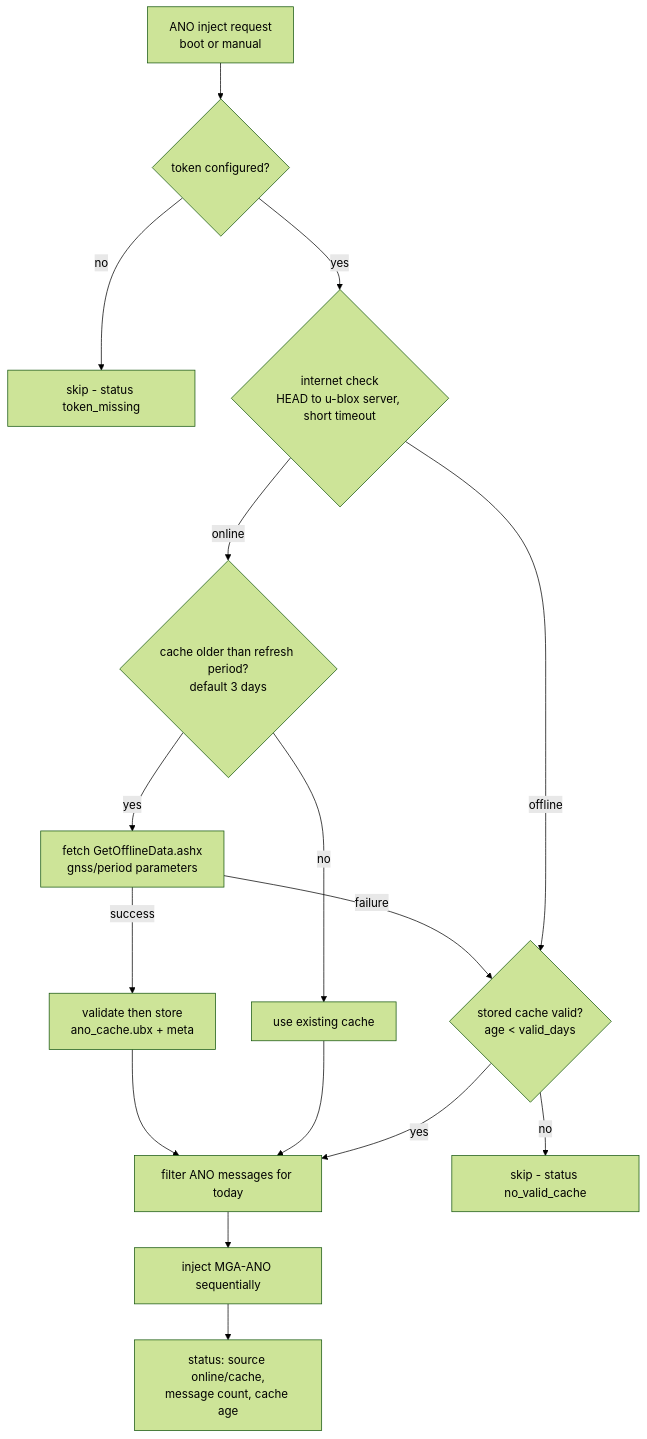
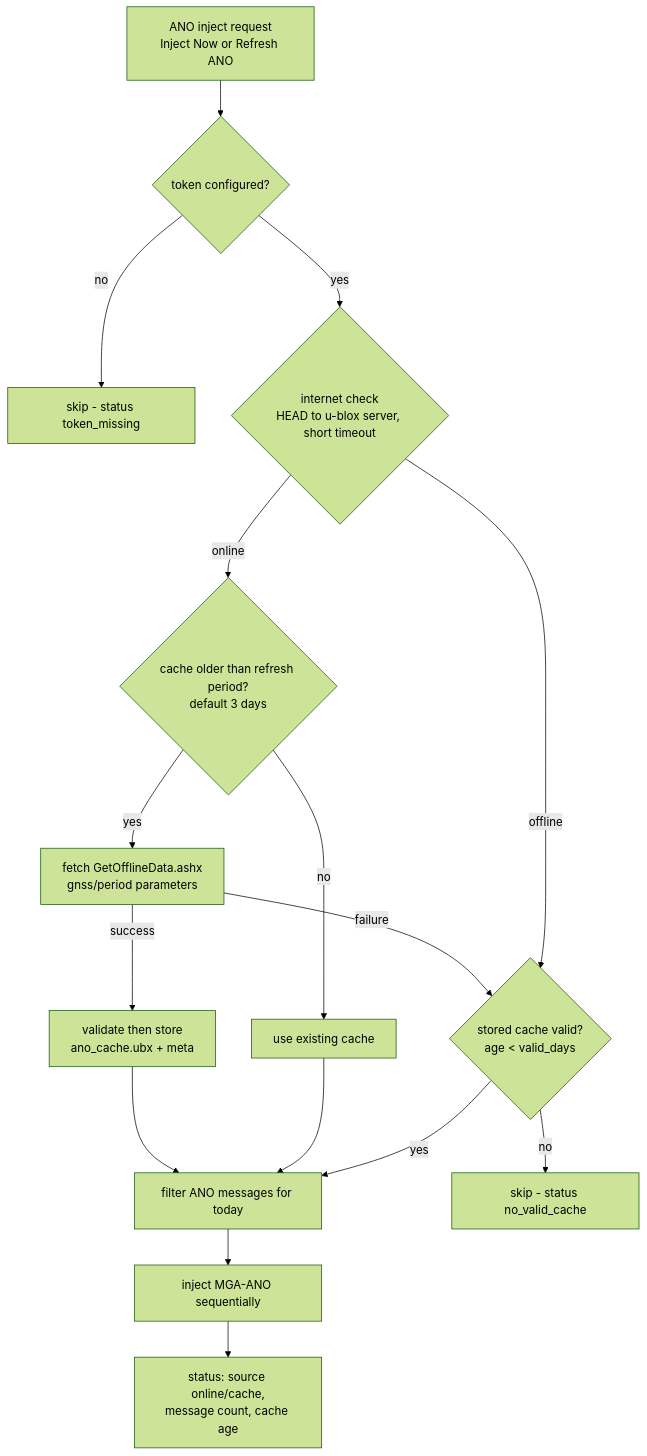
One commit to hjoungjoo/MF_PiFinder changed the second of 5 diagrams in docs/mf_gps_aiding_plan_en.md. Above: the diagram before and after it, drawn with Mermaid (forest theme). The commit also changed other lines of this file and 1 other file, not shown here.

First line of the commit message:
docs: GPS aiding injects only on user request, not at boot

````diff
--- a/docs/mf_gps_aiding_plan_en.md
+++ b/docs/mf_gps_aiding_plan_en.md
@@ -141,18 +149,18 @@
 ```mermaid
 flowchart TD
-    A[ANO inject request<br/>boot or manual] --> B{token configured?}
+    A[ANO inject request<br/>Inject Now or Refresh ANO] --> B{token configured?}
     B -->|no| Z[skip - status token_missing]
     B -->|yes| C{internet check<br/>HEAD to u-blox server, short timeout}
     C -->|online| D{cache older than refresh period?<br/>default 3 days}
     D -->|yes| E[fetch GetOfflineData.ashx<br/>gnss/period parameters]
     D -->|no| G[use existing cache]
     E -->|success| F[validate then store<br/>ano_cache.ubx + meta]
     E -->|failure| H{stored cache valid?<br/>age < valid_days}
     C -->|offline| H
     F --> I[filter ANO messages for today]
     G --> I
     H -->|yes| I
     H -->|no| Z2[skip - status no_valid_cache]
     I --> J[inject MGA-ANO sequentially]
     J --> K[status: source online/cache,<br/>message count, cache age]
 ```
````
